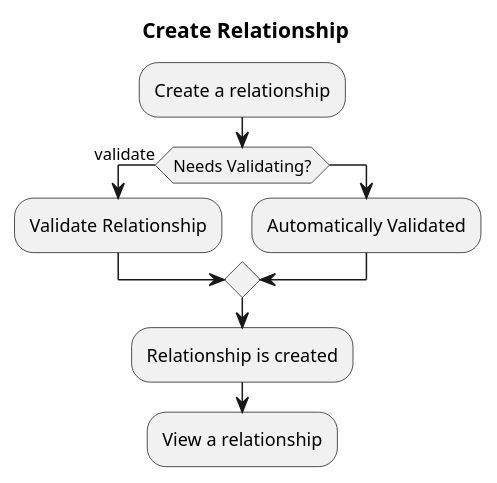
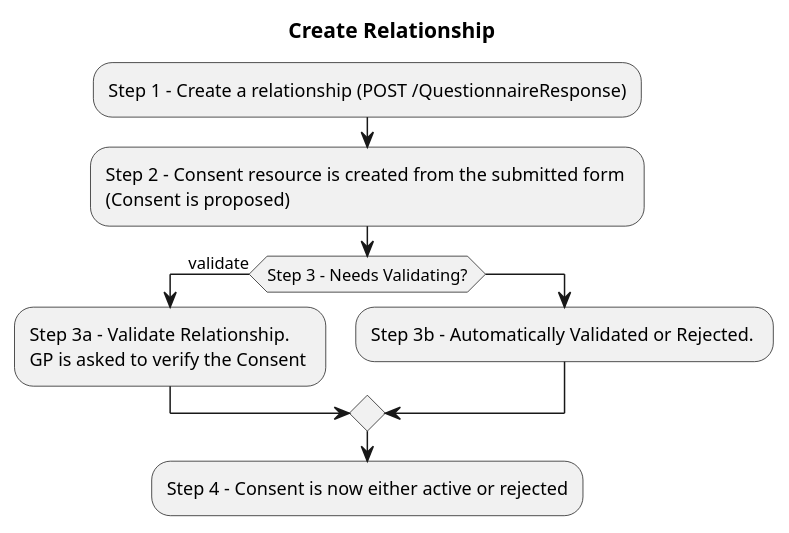
The diagram in input/images-source/national-proxy-service-activity-create-relationship.plantuml (NHSDigital/interoperability-standards-documentation), drawn with PlantUML before and after one commit. The commit also changed 731 other files, not shown here.

```diff
--- a/input/images-source/national-proxy-service-activity-create-relationship.plantuml
+++ b/input/images-source/national-proxy-service-activity-create-relationship.plantuml
@@ -1,15 +1,16 @@
 @startuml
 
 
 title Create Relationship
 
-:Create a relationship;
-if (Needs Validating?) is (validate) then
-:Validate Relationship;
+:Step 1 - Create a relationship (POST /QuestionnaireResponse);
+:Step 2 - Consent resource is created from the submitted form \n(Consent is proposed);
+if (Step 3 - Needs Validating?) is (validate) then
+:Step 3a - Validate Relationship. \nGP is asked to verify the Consent ;
 else
-:Automatically Validated;
+:Step 3b - Automatically Validated or Rejected. ;
 endif
-:Relationship is created;
-:View a relationship;
+:Step 4 - Consent is now either active or rejected;
+
 
 @enduml
```
